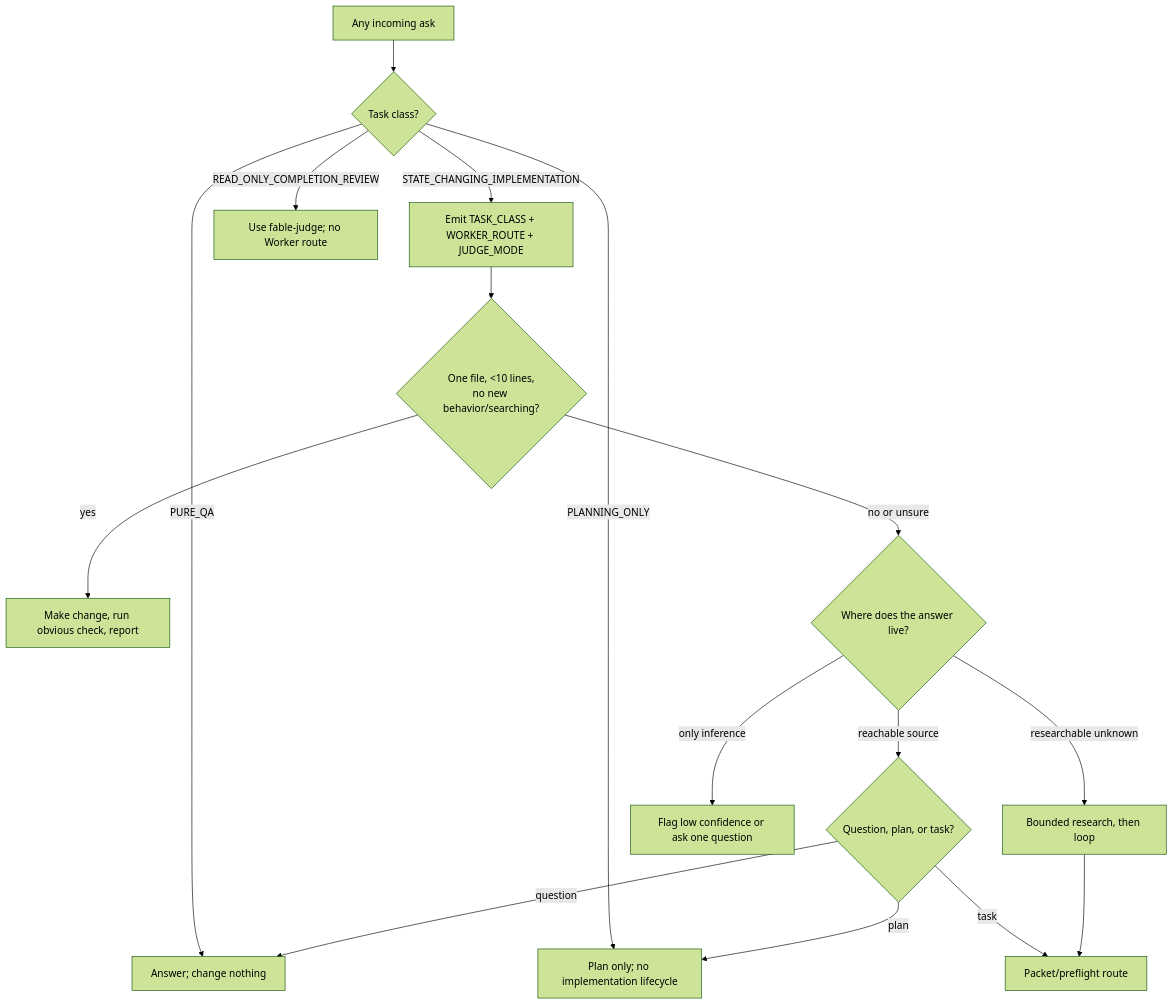
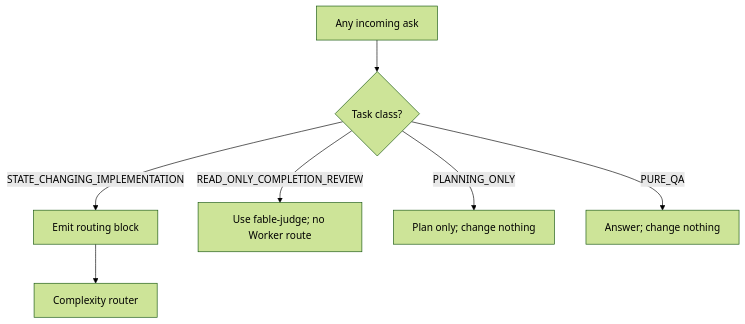
One commit to kelvinhuang0327/skill changed the first of 4 diagrams in fable-method/platforms/antigravity/fable-method/references/flowcharts.md. Above: the diagram before and after it, drawn with Mermaid (forest theme). The commit also changed other lines of this file and 56 other files, not shown here.

First line of the commit message:
Slim fable-method into a complexity router

````diff
--- a/fable-method/platforms/antigravity/fable-method/references/flowcharts.md
+++ b/fable-method/platforms/antigravity/fable-method/references/flowcharts.md
@@ -16,18 +14,9 @@
 ```mermaid
 flowchart TD
     IN["Any incoming ask"] --> TC{"Task class?"}
-    TC -->|"STATE_CHANGING_IMPLEMENTATION"| OUT["Emit TASK_CLASS + WORKER_ROUTE + JUDGE_MODE"]
+    TC -->|"STATE_CHANGING_IMPLEMENTATION"| OUT["Emit routing block"]
     TC -->|"READ_ONLY_COMPLETION_REVIEW"| J["Use fable-judge; no Worker route"]
-    TC -->|"PLANNING_ONLY"| P["Plan only; no implementation lifecycle"]
+    TC -->|"PLANNING_ONLY"| P["Plan only; change nothing"]
     TC -->|"PURE_QA"| Q["Answer; change nothing"]
-    OUT --> TRIV{"One file, <10 lines,<br/>no new behavior/searching?"}
-    TRIV -->|yes| FAST["Make change, run obvious check, report"]
-    TRIV -->|no or unsure| FIT{"Where does the answer live?"}
-    FIT -->|"reachable source"| SHAPE{"Question, plan, or task?"}
-    FIT -->|"researchable unknown"| RES["Bounded research, then loop"]
-    FIT -->|"only inference"| INF["Flag low confidence or ask one question"]
-    SHAPE -->|question| Q
-    SHAPE -->|plan| P
-    SHAPE -->|task| ROUTE["Packet/preflight route"]
-    RES --> ROUTE
+    OUT --> CX["Complexity router"]
 ```
````
